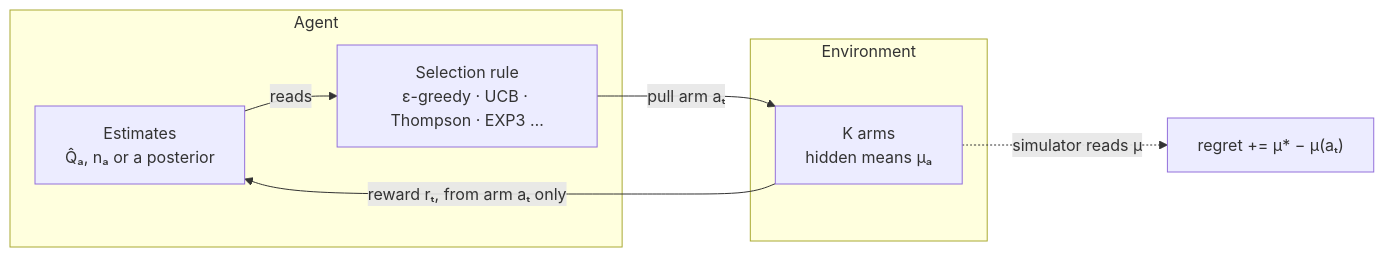
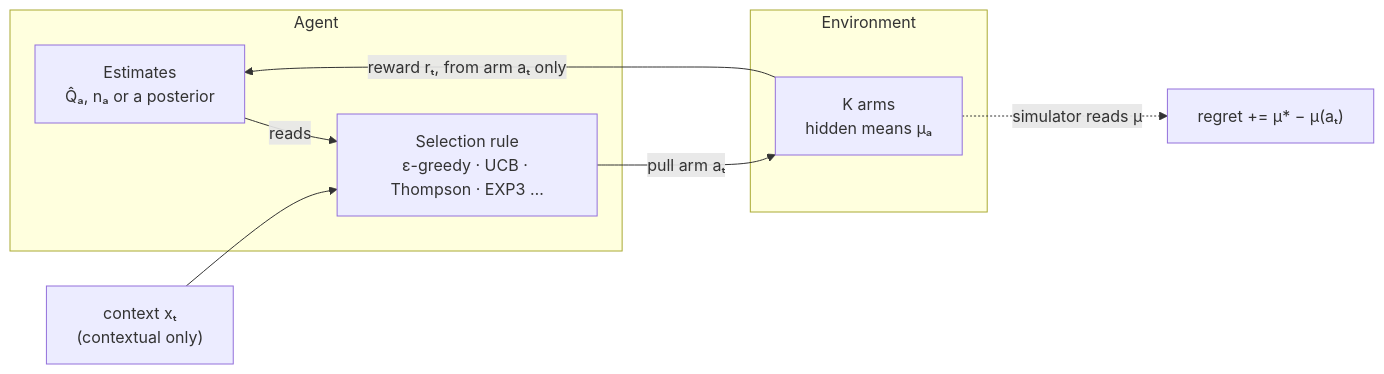
One commit to SASUKE40/MAB changed the first of 2 diagrams in README.md. Above: the diagram before and after it, drawn with Mermaid. The commit also changed other lines of this file and 6 other files, not shown here.

````diff
--- a/README.md
+++ b/README.md
@@ -46,12 +58,13 @@
 ```mermaid
 flowchart LR
   subgraph Agent
     E["Estimates<br/>Q̂ₐ, nₐ or a posterior"] -->|reads| S["Selection rule<br/>ε-greedy · UCB · Thompson · EXP3 …"]
   end
   subgraph Environment
     A["K arms<br/>hidden means μₐ"]
   end
+  C["context xₜ<br/>(contextual only)"] --> S
   S -->|"pull arm aₜ"| A
   A -->|"reward rₜ, from arm aₜ only"| E
   A -.->|"simulator reads μ"| R["regret += μ* − μ(aₜ)"]
 ```
````
